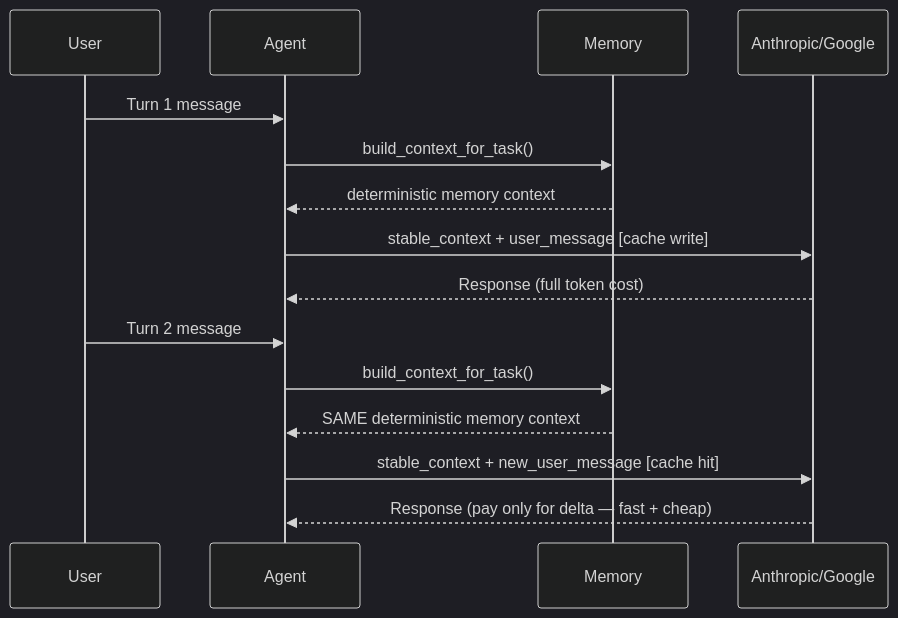
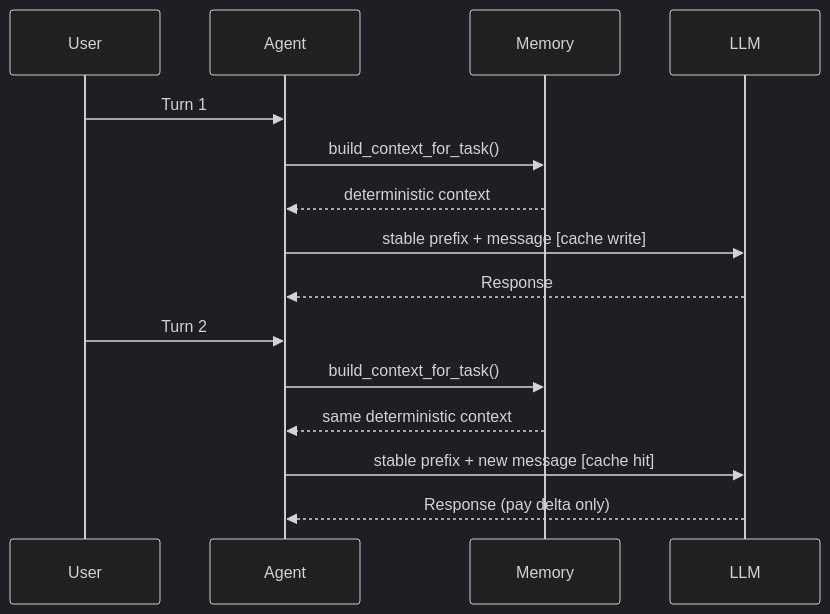
One commit to MervinPraison/PraisonAIDocs changed the second of 2 diagrams in docs/features/prompt-caching.mdx. Above: the diagram before and after it, drawn with Mermaid (dark theme). The commit also changed other lines of this file and 4 other files, not shown here.

````diff
--- a/docs/features/prompt-caching.mdx
+++ b/docs/features/prompt-caching.mdx
@@ -74,19 +85,19 @@
 ```mermaid
 sequenceDiagram
     participant User
     participant Agent
     participant Memory
-    participant LLM as Anthropic/Google
+    participant LLM
 
-    User->>Agent: Turn 1 message
+    User->>Agent: Turn 1
     Agent->>Memory: build_context_for_task()
-    Memory-->>Agent: deterministic memory context
-    Agent->>LLM: stable_context + user_message [cache write]
-    LLM-->>Agent: Response (full token cost)
+    Memory-->>Agent: deterministic context
+    Agent->>LLM: stable prefix + message [cache write]
+    LLM-->>Agent: Response
 
-    User->>Agent: Turn 2 message  
+    User->>Agent: Turn 2
     Agent->>Memory: build_context_for_task()
-    Memory-->>Agent: SAME deterministic memory context
-    Agent->>LLM: stable_context + new_user_message [cache hit]
-    LLM-->>Agent: Response (pay only for delta — fast + cheap)
+    Memory-->>Agent: same deterministic context
+    Agent->>LLM: stable prefix + new message [cache hit]
+    LLM-->>Agent: Response (pay delta only)
 ```
````
